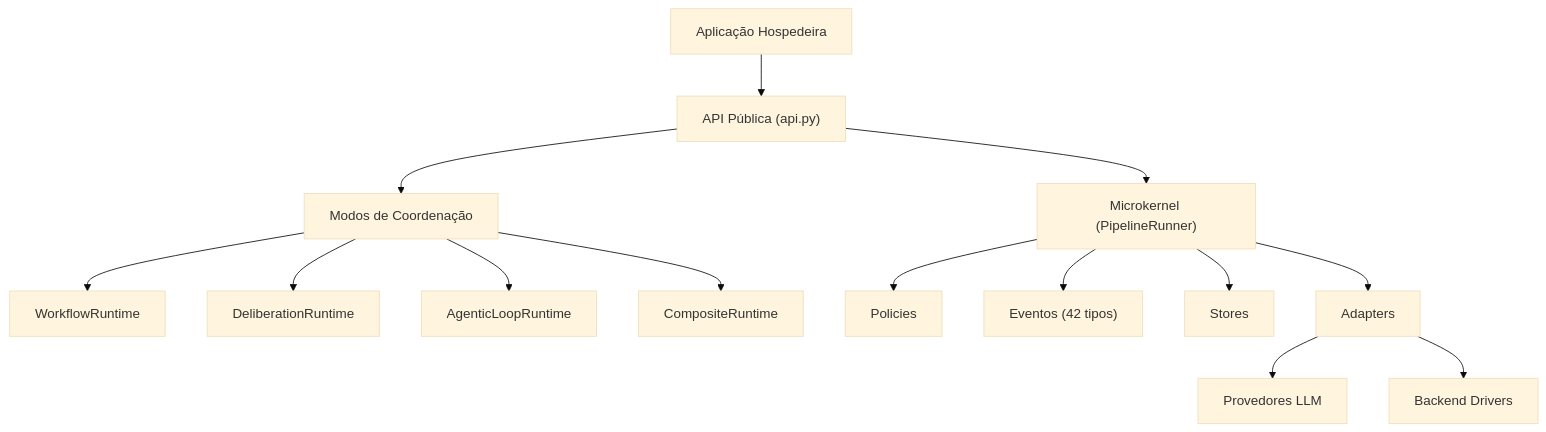
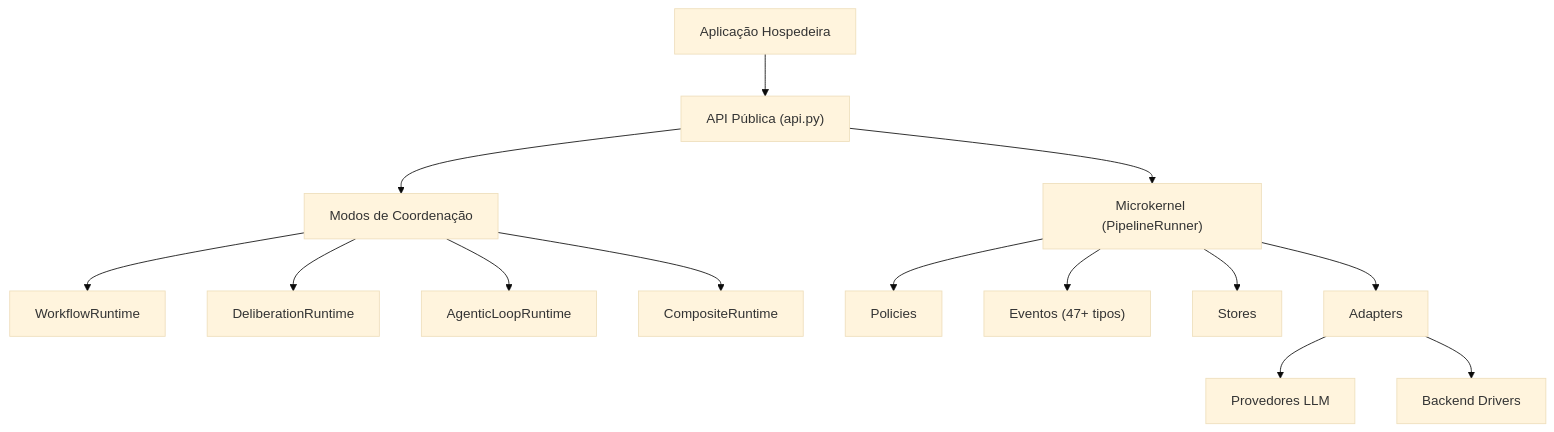
The diagram in docs/pt/architecture/README.md (brunocapelao/miniAutoGen), drawn with Mermaid (base theme) before and after one commit. The commit also changed other lines of this file and 21 other files, not shown here.

First line of the commit message:
feat: add architectural documentation for MiniAutoGen tech stack and operational invariants

````diff
--- a/docs/pt/architecture/README.md
+++ b/docs/pt/architecture/README.md
@@ -42,16 +57,16 @@
 ```mermaid
 flowchart TB
     App["Aplicação Hospedeira"] --> API["API Pública (api.py)"]
     API --> Modes["Modos de Coordenação"]
     API --> Kernel["Microkernel (PipelineRunner)"]
     Modes --> WF["WorkflowRuntime"]
     Modes --> DL["DeliberationRuntime"]
     Modes --> AL["AgenticLoopRuntime"]
     Modes --> CR["CompositeRuntime"]
     Kernel --> Policies["Policies"]
-    Kernel --> Events["Eventos (42 tipos)"]
+    Kernel --> Events["Eventos (47+ tipos)"]
     Kernel --> Stores["Stores"]
     Kernel --> Adapters["Adapters"]
     Adapters --> LLM["Provedores LLM"]
     Adapters --> Backends["Backend Drivers"]
 ```
````
